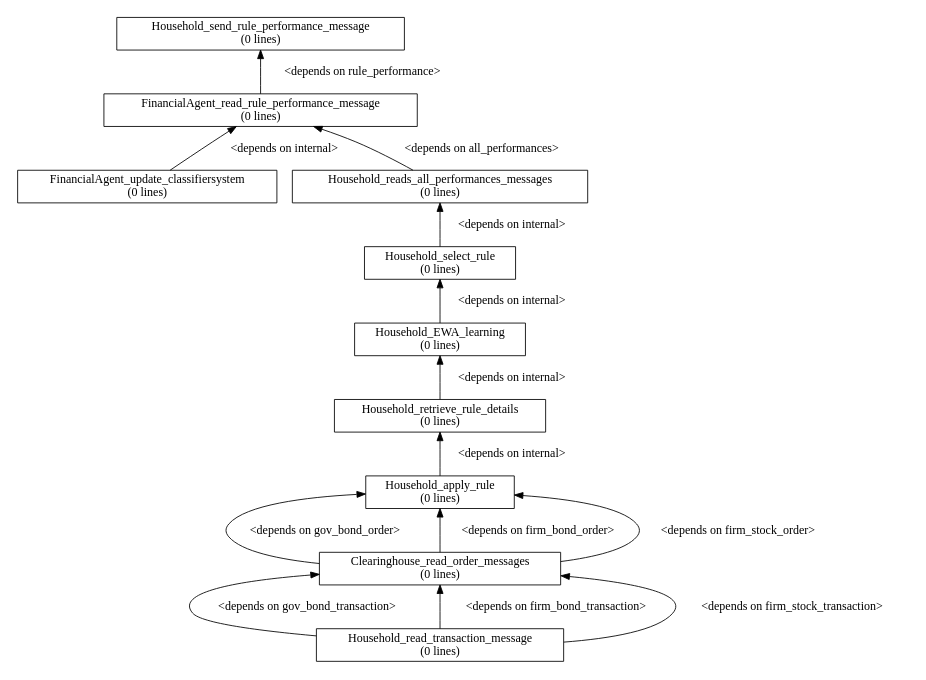
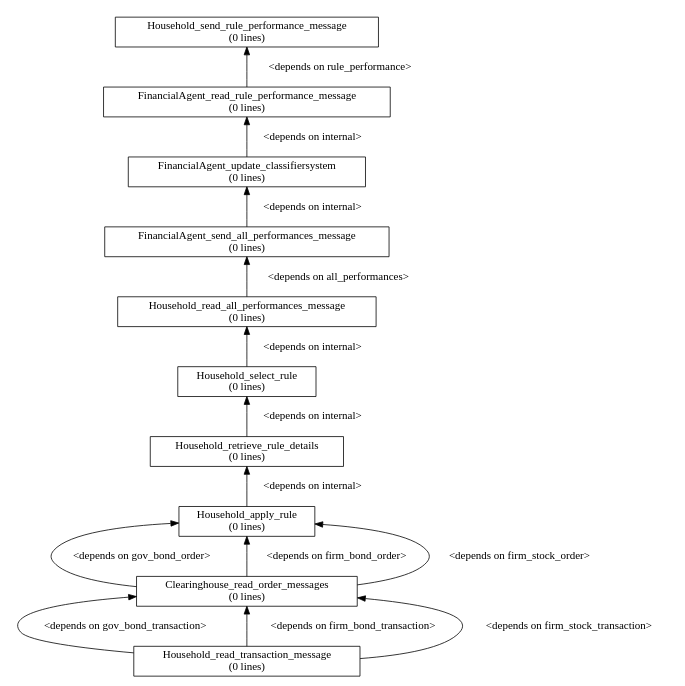
One commit to ETACE/EURACE changed the diagram in models/AFM/afm_branches/initial/portfolio_selection_ewa/dgraph.dot. Above: the diagram before and after it, drawn with Graphviz. The commit also changed 4 other files, not shown here.

```diff
--- a/models/AFM/afm_branches/initial/portfolio_selection_ewa/dgraph.dot
+++ b/models/AFM/afm_branches/initial/portfolio_selection_ewa/dgraph.dot
@@ -1,32 +1,32 @@
 digraph dependency_graph {
 	rankdir=BT;
 	size="8,5;"
 	node [shape = rect];
 	
 	/* Functions */
+	FinancialAgent_send_all_performances_message[height = 0.000000, label = "FinancialAgent_send_all_performances_message\n(0 lines)"]
 	FinancialAgent_update_classifiersystem[height = 0.000000, label = "FinancialAgent_update_classifiersystem\n(0 lines)"]
 	FinancialAgent_read_rule_performance_message[height = 0.000000, label = "FinancialAgent_read_rule_performance_message\n(0 lines)"]
 	Clearinghouse_read_order_messages[height = 0.000000, label = "Clearinghouse_read_order_messages\n(0 lines)"]
 	Household_read_transaction_message[height = 0.000000, label = "Household_read_transaction_message\n(0 lines)"]
 	Household_apply_rule[height = 0.000000, label = "Household_apply_rule\n(0 lines)"]
 	Household_retrieve_rule_details[height = 0.000000, label = "Household_retrieve_rule_details\n(0 lines)"]
-	Household_EWA_learning[height = 0.000000, label = "Household_EWA_learning\n(0 lines)"]
 	Household_select_rule[height = 0.000000, label = "Household_select_rule\n(0 lines)"]
-	Household_reads_all_performances_messages[height = 0.000000, label = "Household_reads_all_performances_messages\n(0 lines)"]
+	Household_read_all_performances_message[height = 0.000000, label = "Household_read_all_performances_message\n(0 lines)"]
 	Household_send_rule_performance_message[height = 0.000000, label = "Household_send_rule_performance_message\n(0 lines)"]
 	
 	/* Dependencies */
+	FinancialAgent_send_all_performances_message -> FinancialAgent_update_classifiersystem [ label = "<depends on internal>" ];
 	FinancialAgent_update_classifiersystem -> FinancialAgent_read_rule_performance_message [ label = "<depends on internal>" ];
 	FinancialAgent_read_rule_performance_message -> Household_send_rule_performance_message [ label = "<depends on rule_performance>" ];
 	Clearinghouse_read_order_messages -> Household_apply_rule [ label = "<depends on gov_bond_order>" ];
 	Clearinghouse_read_order_messages -> Household_apply_rule [ label = "<depends on firm_bond_order>" ];
 	Clearinghouse_read_order_messages -> Household_apply_rule [ label = "<depends on firm_stock_order>" ];
 	Household_read_transaction_message -> Clearinghouse_read_order_messages [ label = "<depends on gov_bond_transaction>" ];
 	Household_read_transaction_message -> Clearinghouse_read_order_messages [ label = "<depends on firm_bond_transaction>" ];
 	Household_read_transaction_message -> Clearinghouse_read_order_messages [ label = "<depends on firm_stock_transaction>" ];
 	Household_apply_rule -> Household_retrieve_rule_details [ label = "<depends on internal>" ];
-	Household_retrieve_rule_details -> Household_EWA_learning [ label = "<depends on internal>" ];
-	Household_EWA_learning -> Household_select_rule [ label = "<depends on internal>" ];
-	Household_select_rule -> Household_reads_all_performances_messages [ label = "<depends on internal>" ];
-	Household_reads_all_performances_messages -> FinancialAgent_read_rule_performance_message [ label = "<depends on all_performances>" ];
+	Household_retrieve_rule_details -> Household_select_rule [ label = "<depends on internal>" ];
+	Household_select_rule -> Household_read_all_performances_message [ label = "<depends on internal>" ];
+	Household_read_all_performances_message -> FinancialAgent_send_all_performances_message [ label = "<depends on all_performances>" ];
 }
```
